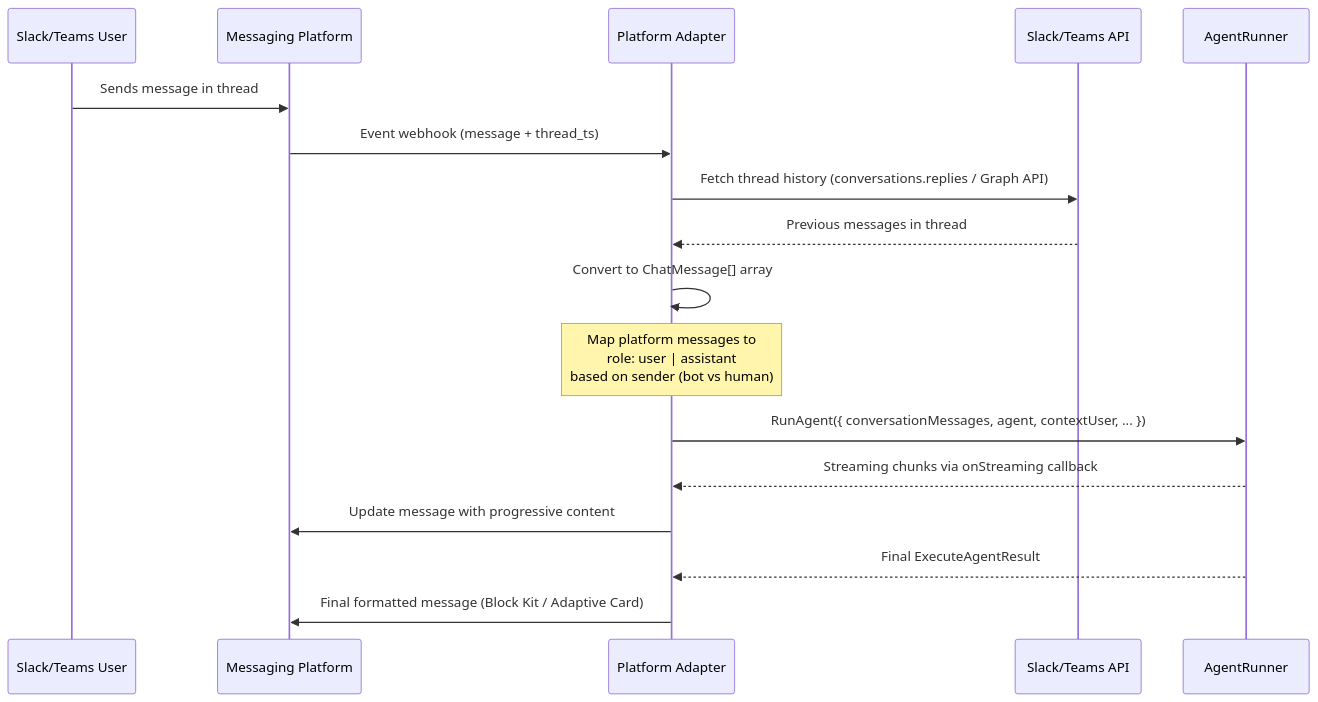
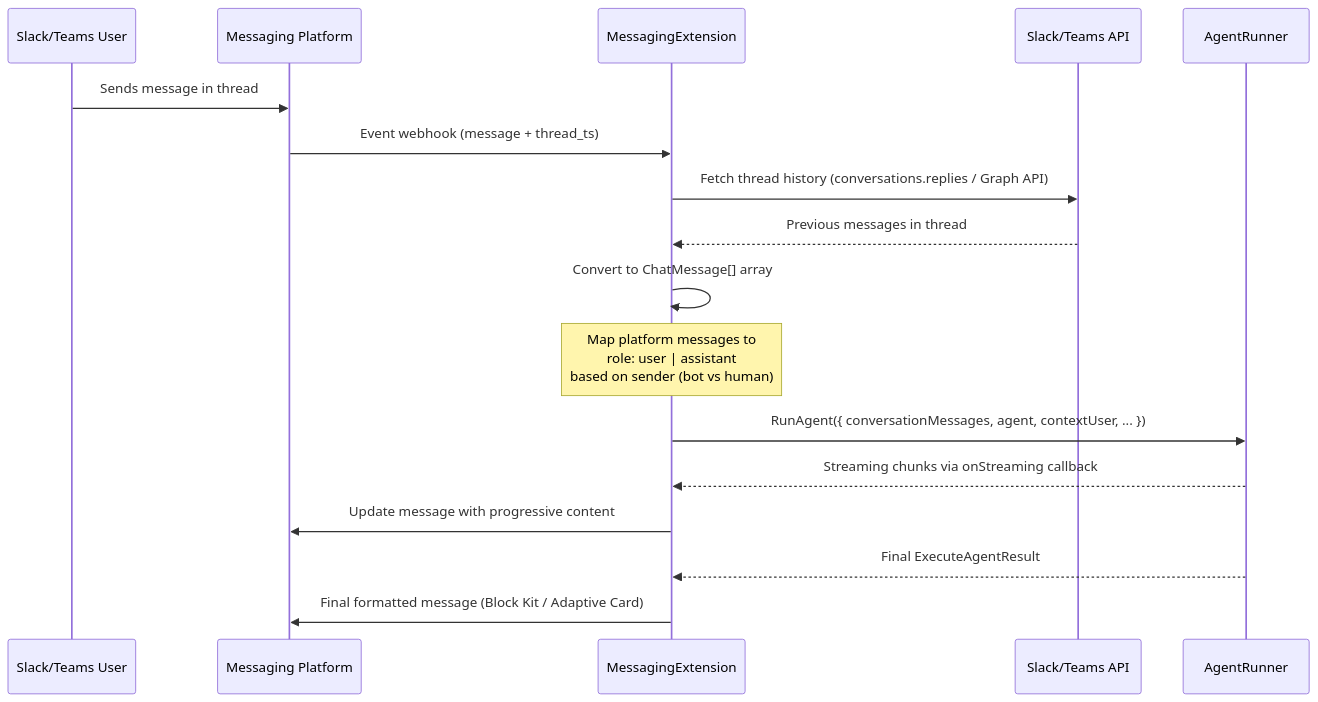
Before and after one commit to MemberJunction/MJ: the diagram in plans/slack-teams-agent-integration.md, drawn with Mermaid. The commit also changed other lines of this file, not shown here.

First line of the commit message:
Update PRD/TDD with Server Extension plugin architecture

````diff
--- a/plans/slack-teams-agent-integration.md
+++ b/plans/slack-teams-agent-integration.md
@@ -78,20 +129,20 @@
 ```mermaid
 sequenceDiagram
     participant User as Slack/Teams User
     participant Platform as Messaging Platform
-    participant Adapter as Platform Adapter
+    participant Extension as MessagingExtension
     participant API as Slack/Teams API
     participant Runner as AgentRunner
 
     User->>Platform: Sends message in thread
-    Platform->>Adapter: Event webhook (message + thread_ts)
-    Adapter->>API: Fetch thread history (conversations.replies / Graph API)
-    API-->>Adapter: Previous messages in thread
-    Adapter->>Adapter: Convert to ChatMessage[] array
-    Note over Adapter: Map platform messages to<br/>role: user | assistant<br/>based on sender (bot vs human)
-    Adapter->>Runner: RunAgent({ conversationMessages, agent, contextUser, ... })
-    Runner-->>Adapter: Streaming chunks via onStreaming callback
-    Adapter->>Platform: Update message with progressive content
-    Runner-->>Adapter: Final ExecuteAgentResult
-    Adapter->>Platform: Final formatted message (Block Kit / Adaptive Card)
+    Platform->>Extension: Event webhook (message + thread_ts)
+    Extension->>API: Fetch thread history (conversations.replies / Graph API)
+    API-->>Extension: Previous messages in thread
+    Extension->>Extension: Convert to ChatMessage[] array
+    Note over Extension: Map platform messages to<br/>role: user | assistant<br/>based on sender (bot vs human)
+    Extension->>Runner: RunAgent({ conversationMessages, agent, contextUser, ... })
+    Runner-->>Extension: Streaming chunks via onStreaming callback
+    Extension->>Platform: Update message with progressive content
+    Runner-->>Extension: Final ExecuteAgentResult
+    Extension->>Platform: Final formatted message (Block Kit / Adaptive Card)
 ```
````
